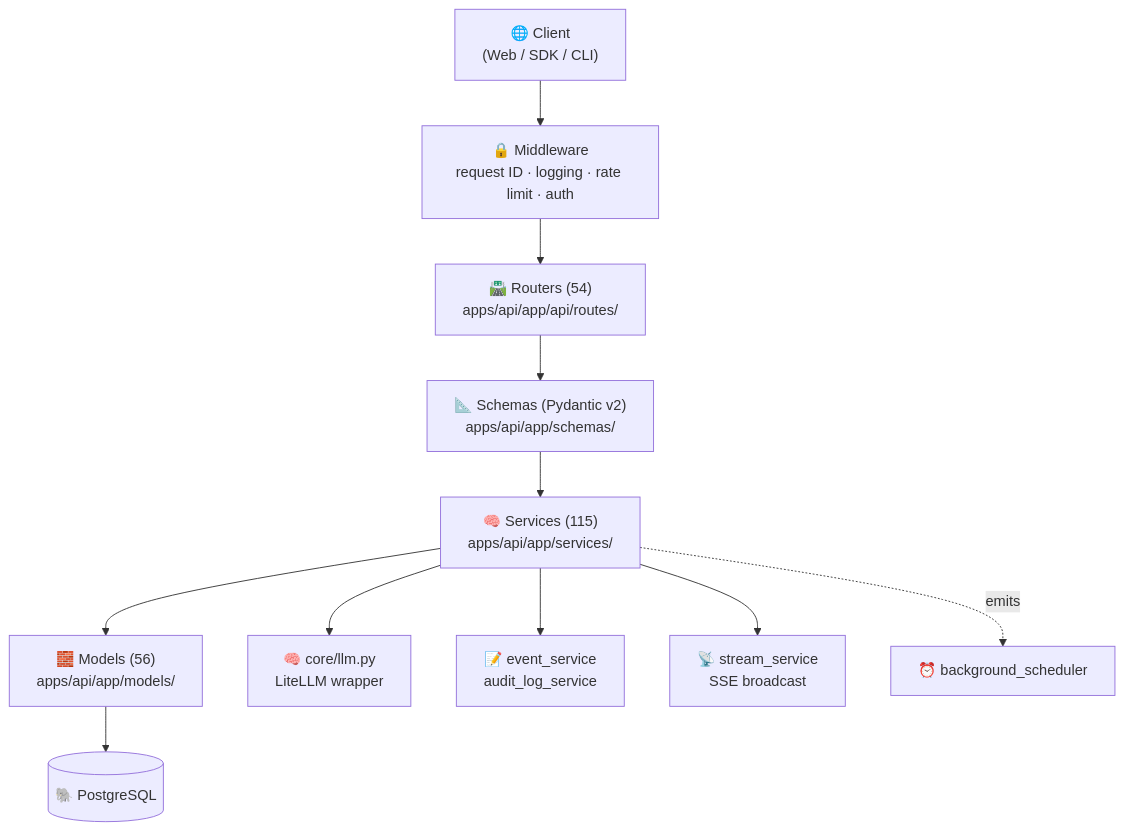
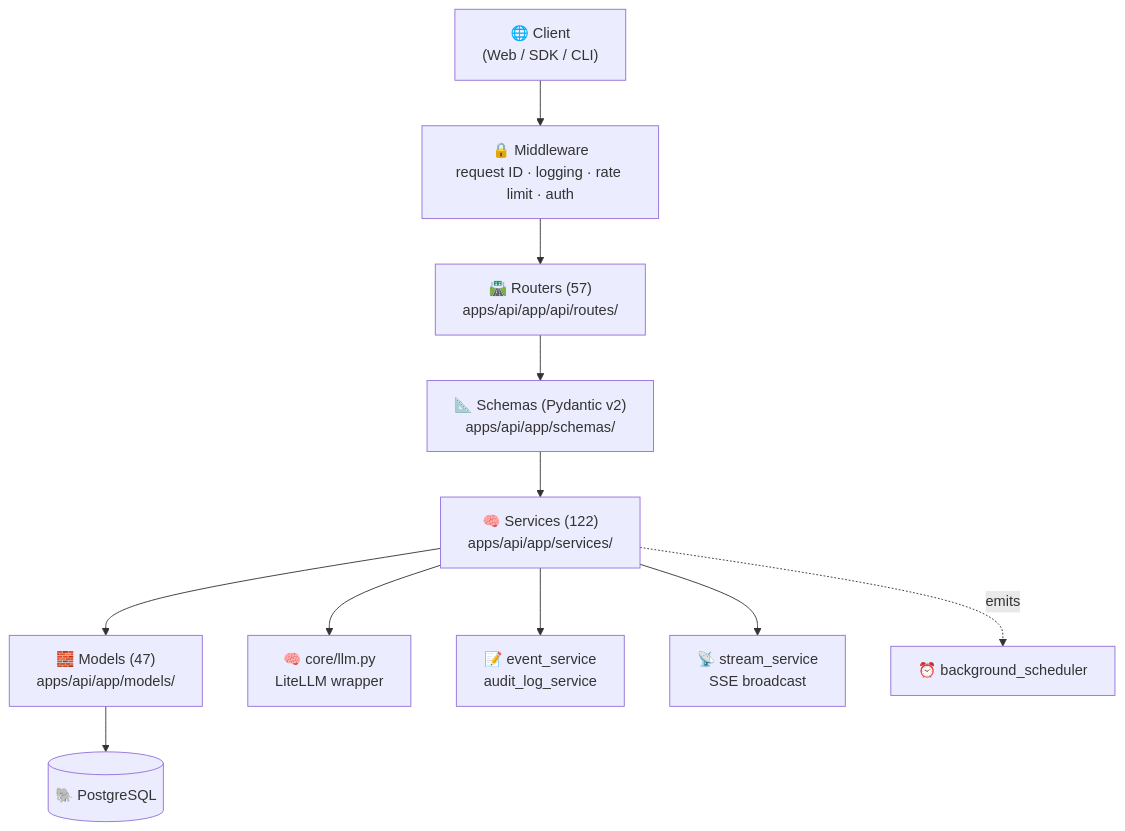
One commit to priyankmistry21699-web/Forgemind changed the second of 4 diagrams in README.md. Above: the diagram before and after it, drawn with Mermaid. The commit also changed other lines of this file and 4 other files, not shown here.

First line of the commit message:
chore(graph): regenerate project-memory graph for V5 + update README counts

````diff
--- a/README.md
+++ b/README.md
@@ -203,13 +203,13 @@
 ```mermaid
 flowchart TD
     Client["🌐 Client<br/>(Web / SDK / CLI)"] --> MW["🔒 Middleware<br/>request ID · logging · rate limit · auth"]
-    MW --> Router["🛣️ Routers (54)<br/>apps/api/app/api/routes/"]
+    MW --> Router["🛣️ Routers (57)<br/>apps/api/app/api/routes/"]
     Router --> Schema["📐 Schemas (Pydantic v2)<br/>apps/api/app/schemas/"]
-    Schema --> Service["🧠 Services (115)<br/>apps/api/app/services/"]
-    Service --> Model["🧱 Models (56)<br/>apps/api/app/models/"]
+    Schema --> Service["🧠 Services (122)<br/>apps/api/app/services/"]
+    Service --> Model["🧱 Models (47)<br/>apps/api/app/models/"]
     Service --> LLM["🧠 core/llm.py<br/>LiteLLM wrapper"]
     Service --> Event["📝 event_service<br/>audit_log_service"]
     Service --> Stream["📡 stream_service<br/>SSE broadcast"]
     Model --> DB[("🐘 PostgreSQL")]
     Service -.emits.-> SCH["⏰ background_scheduler"]
 ```
````
